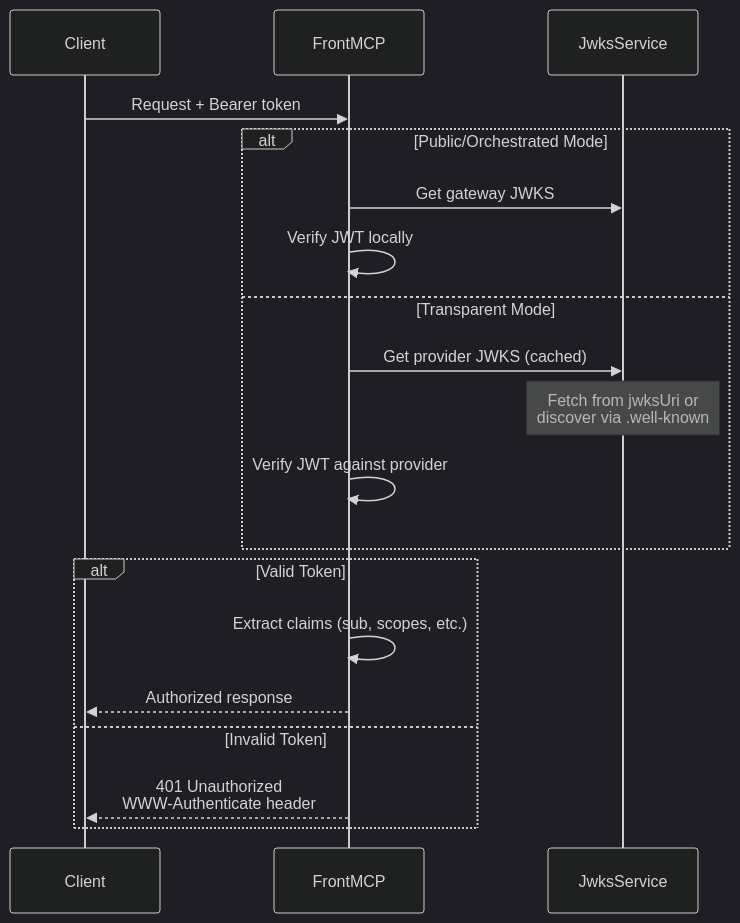
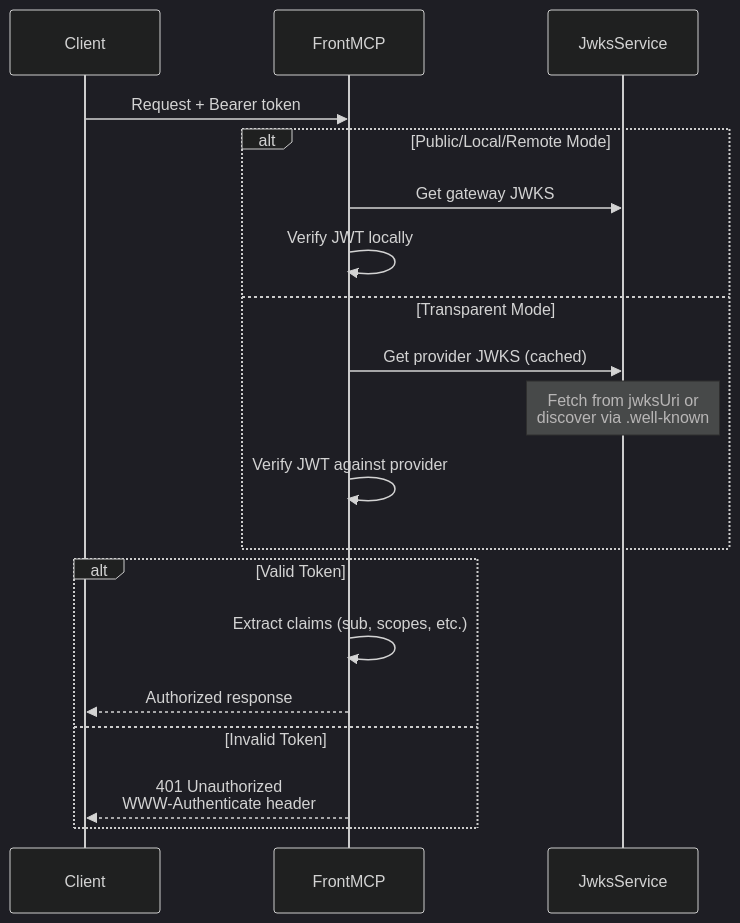
One commit to agentfront/frontmcp changed the sixth of 6 diagrams in docs/frontmcp/authentication/modes.mdx. Above: the diagram before and after it, drawn with Mermaid (dark theme). The commit also changed other lines of this file and 152 other files, not shown here.

````diff
--- a/docs/frontmcp/authentication/modes.mdx
+++ b/docs/frontmcp/authentication/modes.mdx
@@ -388,24 +383,24 @@
 ```mermaid
 sequenceDiagram
     participant Client
     participant FrontMCP
     participant JwksService
 
     Client->>FrontMCP: Request + Bearer token
 
-    alt Public/Orchestrated Mode
+    alt Public/Local/Remote Mode
         FrontMCP->>JwksService: Get gateway JWKS
         FrontMCP->>FrontMCP: Verify JWT locally
     else Transparent Mode
         FrontMCP->>JwksService: Get provider JWKS (cached)
         Note over JwksService: Fetch from jwksUri or<br/>discover via .well-known
         FrontMCP->>FrontMCP: Verify JWT against provider
     end
 
     alt Valid Token
         FrontMCP->>FrontMCP: Extract claims (sub, scopes, etc.)
         FrontMCP-->>Client: Authorized response
     else Invalid Token
         FrontMCP-->>Client: 401 Unauthorized<br/>WWW-Authenticate header
     end
 ```
````
